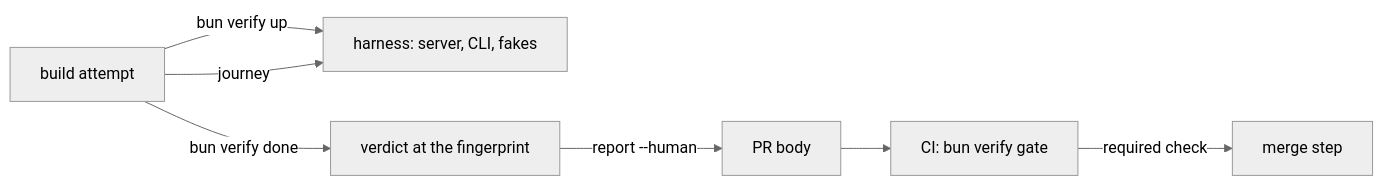
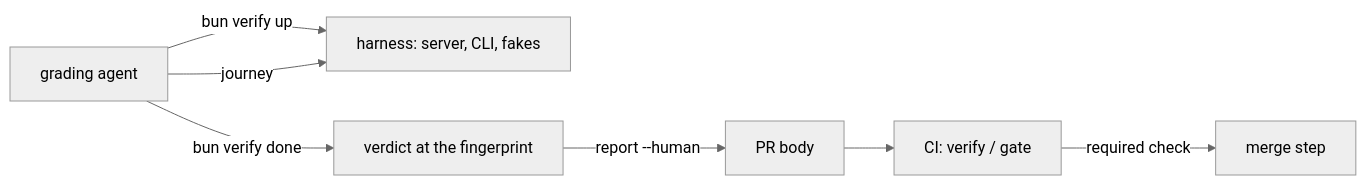
Before and after one commit to zgeoff/boxxy: the diagram in docs/design/boxxy/wringer-journeys.md, drawn with Mermaid (neutral theme). The commit also changed other lines of this file and 2 other files, not shown here.

Commit message:
docs(design): grade in the verify phase and ignore unrun server code

````diff
--- a/docs/design/boxxy/wringer-journeys.md
+++ b/docs/design/boxxy/wringer-journeys.md
@@ -17,9 +18,9 @@
 ```mermaid
 flowchart LR
-  builder["build attempt"] -->|"bun verify up"| harness["harness: server, CLI, fakes"]
-  builder -->|"journey"| harness
-  builder -->|"bun verify done"| verdict["verdict at the fingerprint"]
+  grader["grading agent"] -->|"bun verify up"| harness["harness: server, CLI, fakes"]
+  grader -->|"journey"| harness
+  grader -->|"bun verify done"| verdict["verdict at the fingerprint"]
   verdict -->|"report --human"| body["PR body"]
-  body --> gate["CI: bun verify gate"]
+  body --> gate["CI: verify / gate"]
   gate -->|"required check"| merge["merge step"]
 ```
````
